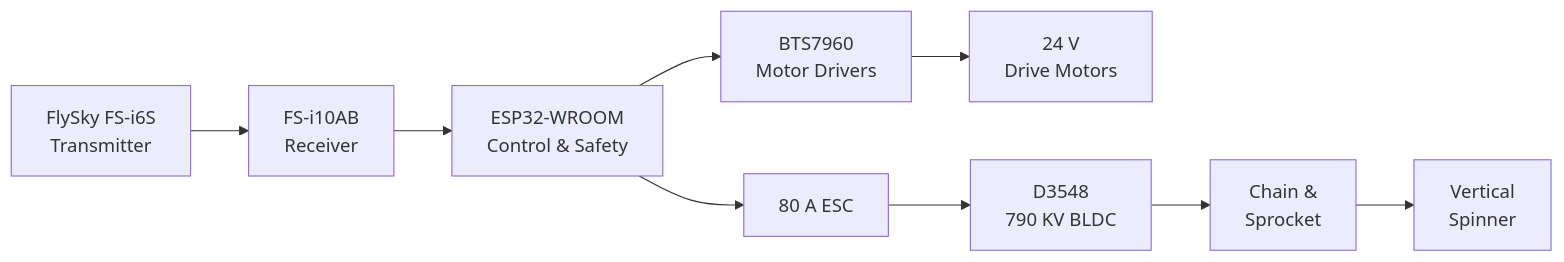
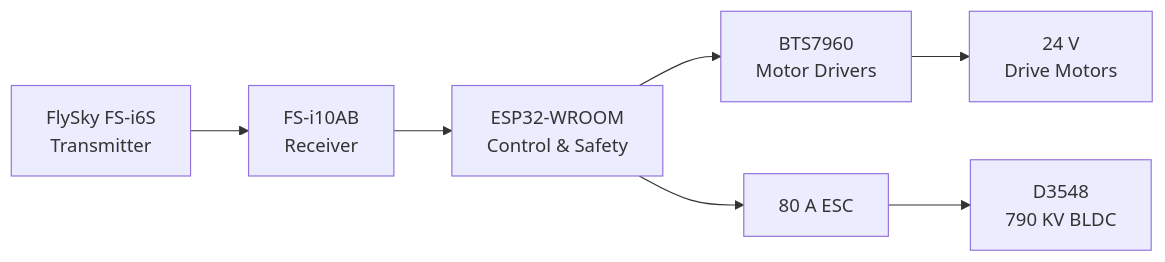
One commit to bhavishya-chaudhary/Battle-Bot-8Kg changed the first of 2 diagrams in README.md. Above: the diagram before and after it, drawn with Mermaid.

Commit message:
Documentation Updates

````diff
--- a/README.md
+++ b/README.md
@@ -31,18 +31,16 @@
 ```mermaid
 flowchart LR
     TX["FlySky FS-i6S<br/>Transmitter"]
     RX["FS-i10AB<br/>Receiver"]
     ESP["ESP32-WROOM<br/>Control & Safety"]
 
     DRIVE["BTS7960<br/>Motor Drivers"]
     DM["24 V<br/>Drive Motors"]
 
     ESC["80 A ESC"]
     WM["D3548<br/>790 KV BLDC"]
-    CHAIN["Chain &<br/>Sprocket"]
-    SPINNER["Vertical<br/>Spinner"]
 
     TX --> RX --> ESP
     ESP --> DRIVE --> DM
-    ESP --> ESC --> WM --> CHAIN --> SPINNER
+    ESP --> ESC --> WM
 ```
````
